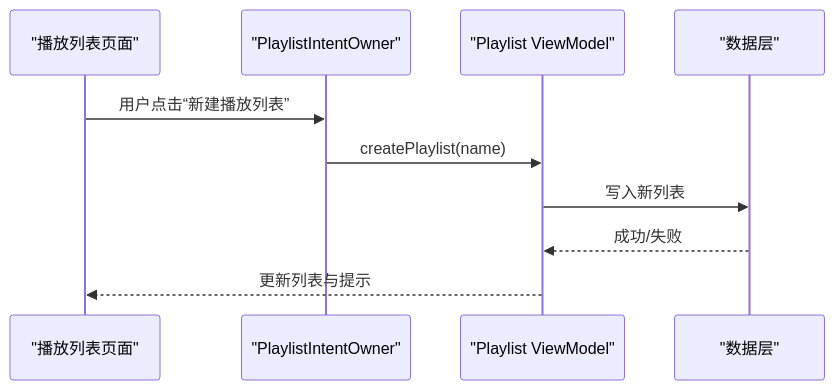
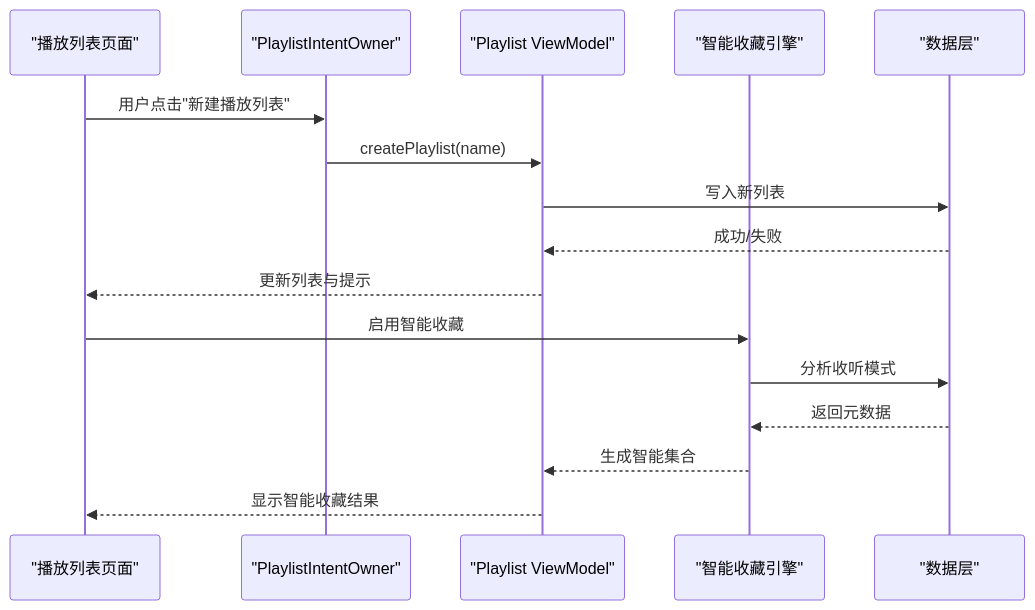
Before and after one commit to ysyhlly/Yukine-android: the fifth of 11 diagrams in .qoder/repowiki/zh/content/架构设计/模块化设计/功能特性模块/音乐库界面模块 (feature_library-ui).md, drawn with Mermaid. The commit also changed other lines of this file and 158 other files, not shown here.

````diff
--- a/.qoder/repowiki/zh/content/架构设计/模块化设计/功能特性模块/音乐库界面模块 (feature_library-ui).md
+++ b/.qoder/repowiki/zh/content/架构设计/模块化设计/功能特性模块/音乐库界面模块 (feature_library-ui).md
@@ -221,12 +243,18 @@
 ```mermaid
 sequenceDiagram
 participant UI as "播放列表页面"
 participant Owner as "PlaylistIntentOwner"
 participant VM as "Playlist ViewModel"
+participant SmartCol as "智能收藏引擎"
 participant Repo as "数据层"
-UI->>Owner : 用户点击“新建播放列表”
+UI->>Owner : 用户点击"新建播放列表"
 Owner->>VM : createPlaylist(name)
 VM->>Repo : 写入新列表
 Repo-->>VM : 成功/失败
 VM-->>UI : 更新列表与提示
+UI->>SmartCol : 启用智能收藏
+SmartCol->>Repo : 分析收听模式
+Repo-->>SmartCol : 返回元数据
+SmartCol-->>VM : 生成智能集合
+VM-->>UI : 显示智能收藏结果
 ```
````
